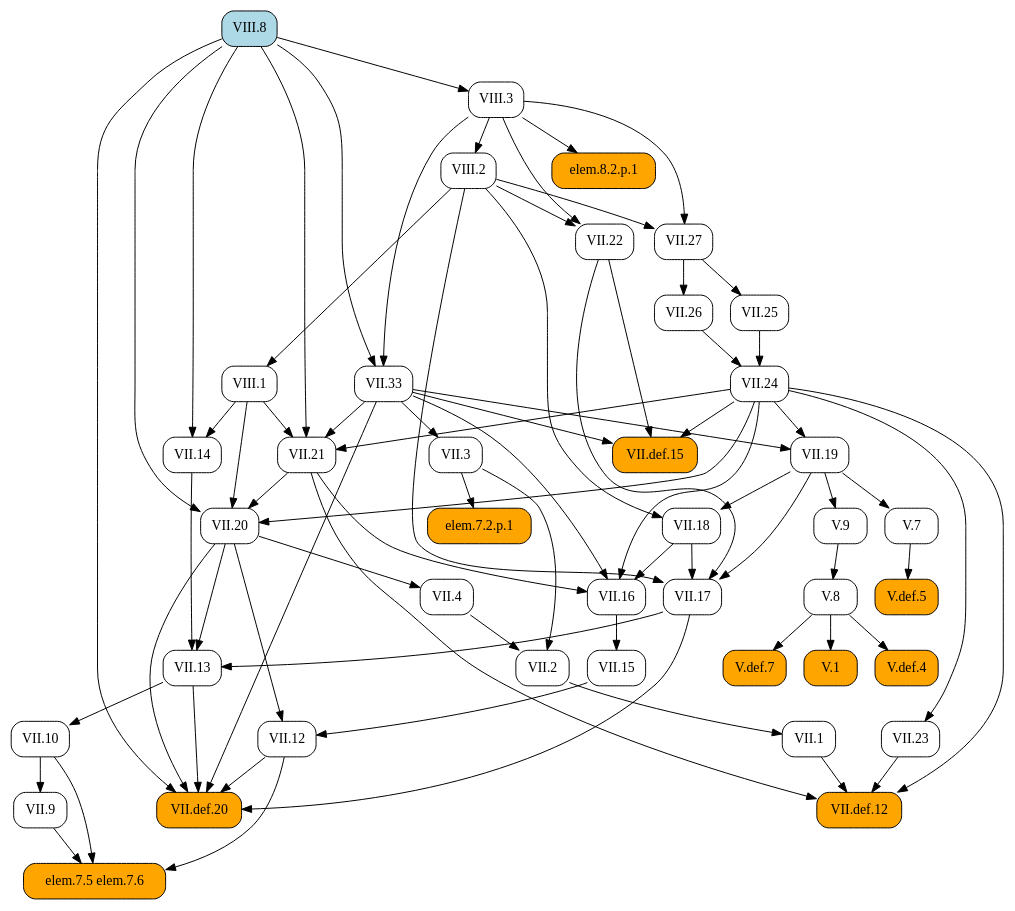
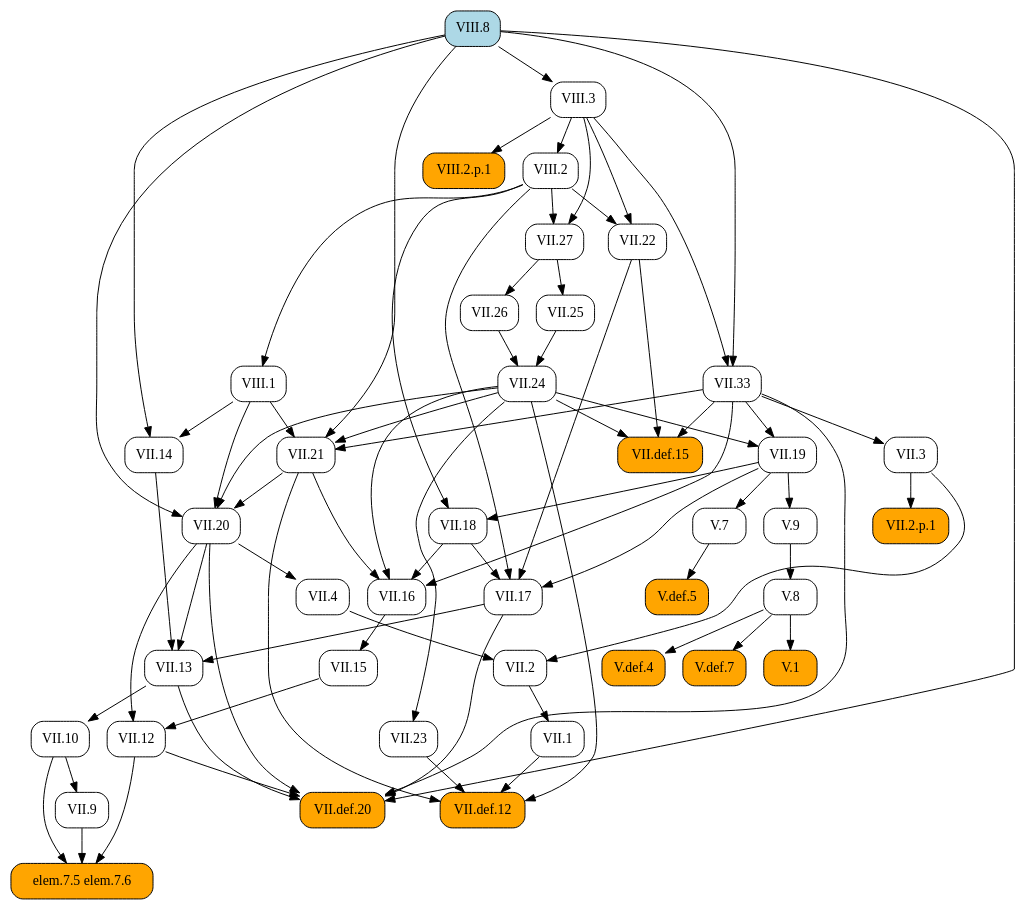
One commit to geometor/elements changed the diagram in docsrc/heath/VIII/8/index.rst. Above: the diagram before and after it, drawn with Graphviz. The commit also changed 484 other files, not shown here.

```diff
--- a/docsrc/heath/VIII/8/index.rst
+++ b/docsrc/heath/VIII/8/index.rst
@@ -48,118 +48,118 @@
    digraph {
      rankdir="TB";
      node [shape=box, style=rounded];
-     "VII.1" [URL="/heath/VII/1/", target="_top"];
+     "VII.33" [URL="/heath/VII/33/", target="_top"];
+     "VII.12" [URL="/heath/VII/12/", target="_top"];
+     "elem.7.5 elem.7.6" [style="rounded,filled", fillcolor=orange];
      "VII.9" [URL="/heath/VII/9/", target="_top"];
-     "V.def.5" [style="rounded,filled", fillcolor=orange, URL="/heath/V/def.5/", target="_top"];
-     "VII.3" [URL="/heath/VII/3/", target="_top"];
-     "VII.17" [URL="/heath/VII/17/", target="_top"];
-     "elem.7.5 elem.7.6" [style="rounded,filled", fillcolor=orange];
-     "V.7" [URL="/heath/V/7/", target="_top"];
-     "V.9" [URL="/heath/V/9/", target="_top"];
-     "VII.13" [URL="/heath/VII/13/", target="_top"];
-     "VII.2" [URL="/heath/VII/2/", target="_top"];
-     "VIII.1" [URL="/heath/VIII/1/", target="_top"];
      "VIII.2" [URL="/heath/VIII/2/", target="_top"];
-     "VII.12" [URL="/heath/VII/12/", target="_top"];
-     "VII.24" [URL="/heath/VII/24/", target="_top"];
-     "VII.def.12" [style="rounded,filled", fillcolor=orange, URL="/heath/VII/def.12/", target="_top"];
-     "V.8" [URL="/heath/V/8/", target="_top"];
-     "VII.33" [URL="/heath/VII/33/", target="_top"];
-     "elem.7.2.p.1" [style="rounded,filled", fillcolor=orange];
-     "VII.10" [URL="/heath/VII/10/", target="_top"];
-     "VII.def.15" [style="rounded,filled", fillcolor=orange, URL="/heath/VII/def.15/", target="_top"];
-     "VII.19" [URL="/heath/VII/19/", target="_top"];
      "VII.18" [URL="/heath/VII/18/", target="_top"];
      "VII.16" [URL="/heath/VII/16/", target="_top"];
+     "V.7" [URL="/heath/V/7/", target="_top"];
      "VII.26" [URL="/heath/VII/26/", target="_top"];
-     "VII.4" [URL="/heath/VII/4/", target="_top"];
-     "VII.25" [URL="/heath/VII/25/", target="_top"];
-     "VII.21" [URL="/heath/VII/21/", target="_top"];
-     "V.1" [style="rounded,filled", fillcolor=orange, URL="/heath/V/1/", target="_top"];
-     "VII.20" [URL="/heath/VII/20/", target="_top"];
+     "V.def.5" [style="rounded,filled", fillcolor=orange, URL="/heath/V/def.5/", target="_top"];
+     "V.9" [URL="/heath/V/9/", target="_top"];
+     "VIII.8" [style="rounded,filled", fillcolor=lightblue, URL="/heath/VIII/8/", target="_top"];
+     "VII.10" [URL="/heath/VII/10/", target="_top"];
+     "VIII.3" [URL="/heath/VIII/3/", target="_top"];
+     "VII.13" [URL="/heath/VII/13/", target="_top"];
+     "VII.def.15" [style="rounded,filled", fillcolor=orange, URL="/heath/VII/def.15/", target="_top"];
+     "VIII.2.p.1" [style="rounded,filled", fillcolor=orange];
+     "VII.19" [URL="/heath/VII/19/", target="_top"];
+     "VII.17" [URL="/heath/VII/17/", target="_top"];
+     "VII.2" [URL="/heath/VII/2/", target="_top"];
+     "VII.def.20" [style="rounded,filled", fillcolor=orange, URL="/heath/VII/def.20/", target="_top"];
+     "VII.2.p.1" [style="rounded,filled", fillcolor=orange];
+     "VII.15" [URL="/heath/VII/15/", target="_top"];
+     "V.def.4" [style="rounded,filled", fillcolor=orange, URL="/heath/V/def.4/", target="_top"];
+     "V.def.7" [style="rounded,filled", fillcolor=orange, URL="/heath/V/def.7/", target="_top"];
      "VII.14" [URL="/heath/VII/14/", target="_top"];
      "VII.27" [URL="/heath/VII/27/", target="_top"];
-     "VIII.8" [style="rounded,filled", fillcolor=lightblue, URL="/heath/VIII/8/", target="_top"];
-     "VIII.3" [URL="/heath/VIII/3/", target="_top"];
-     "V.def.4" [style="rounded,filled", fillcolor=orange, URL="/heath/V/def.4/", target="_top"];
+     "VII.21" [URL="/heath/VII/21/", target="_top"];
      "VII.22" [URL="/heath/VII/22/", target="_top"];
-     "V.def.7" [style="rounded,filled", fillcolor=orange, URL="/heath/V/def.7/", target="_top"];
+     "VII.25" [URL="/heath/VII/25/", target="_top"];
+     "VIII.1" [URL="/heath/VIII/1/", target="_top"];
+     "VII.1" [URL="/heath/VII/1/", target="_top"];
+     "V.8" [URL="/heath/V/8/", target="_top"];
      "VII.23" [URL="/heath/VII/23/", target="_top"];
-     "VII.15" [URL="/heath/VII/15/", target="_top"];
-     "VII.def.20" [style="rounded,filled", fillcolor=orange, URL="/heath/VII/def.20/", target="_top"];
-     "elem.8.2.p.1" [style="rounded,filled", fillcolor=orange];
-     "VII.2" -> "VII.1";
-     "VII.10" -> "VII.9";
-     "V.7" -> "V.def.5";
-     "VII.33" -> "VII.3";
-     "VII.18" -> "VII.17";
-     "VII.19" -> "VII.17";
-     "VII.22" -> "VII.17";
-     "VIII.2" -> "VII.17";
+     "VII.4" [URL="/heath/VII/4/", target="_top"];
+     "VII.def.12" [style="rounded,filled", fillcolor=orange, URL="/heath/VII/def.12/", target="_top"];
+     "V.1" [style="rounded,filled", fillcolor=orange, URL="/heath/V/1/", target="_top"];
+     "VII.3" [URL="/heath/VII/3/", target="_top"];
+     "VII.24" [URL="/heath/VII/24/", target="_top"];
+     "VII.20" [URL="/heath/VII/20/", target="_top"];
+     "VIII.3" -> "VII.33";
+     "VIII.8" -> "VII.33";
+     "VII.15" -> "VII.12";
+     "VII.20" -> "VII.12";
      "VII.9" -> "elem.7.5 elem.7.6";
      "VII.10" -> "elem.7.5 elem.7.6";
      "VII.12" -> "elem.7.5 elem.7.6";
-     "VII.19" -> "V.7";
-     "VII.19" -> "V.9";
-     "VII.14" -> "VII.13";
-     "VII.17" -> "VII.13";
-     "VII.20" -> "VII.13";
-     "VII.3" -> "VII.2";
-     "VII.4" -> "VII.2";
-     "VIII.2" -> "VIII.1";
+     "VII.10" -> "VII.9";
      "VIII.3" -> "VIII.2";
-     "VII.15" -> "VII.12";
-     "VII.20" -> "VII.12";
-     "VII.25" -> "VII.24";
-     "VII.26" -> "VII.24";
-     "VII.1" -> "VII.def.12";
-     "VII.21" -> "VII.def.12";
-     "VII.23" -> "VII.def.12";
-     "VII.24" -> "VII.def.12";
-     "V.9" -> "V.8";
-     "VIII.3" -> "VII.33";
-     "VIII.8" -> "VII.33";
-     "VII.3" -> "elem.7.2.p.1";
-     "VII.13" -> "VII.10";
-     "VII.22" -> "VII.def.15";
-     "VII.24" -> "VII.def.15";
-     "VII.33" -> "VII.def.15";
-     "VII.24" -> "VII.19";
-     "VII.33" -> "VII.19";
      "VII.19" -> "VII.18";
      "VIII.2" -> "VII.18";
      "VII.18" -> "VII.16";
      "VII.21" -> "VII.16";
      "VII.24" -> "VII.16";
      "VII.33" -> "VII.16";
+     "VII.19" -> "V.7";
      "VII.27" -> "VII.26";
-     "VII.20" -> "VII.4";
-     "VII.27" -> "VII.25";
-     "VII.24" -> "VII.21";
-     "VII.33" -> "VII.21";
-     "VIII.1" -> "VII.21";
-     "VIII.8" -> "VII.21";
-     "V.8" -> "V.1";
-     "VII.21" -> "VII.20";
-     "VII.24" -> "VII.20";
-     "VIII.1" -> "VII.20";
-     "VIII.8" -> "VII.20";
-     "VIII.1" -> "VII.14";
-     "VIII.8" -> "VII.14";
-     "VIII.2" -> "VII.27";
-     "VIII.3" -> "VII.27";
+     "V.7" -> "V.def.5";
+     "VII.19" -> "V.9";
+     "VII.13" -> "VII.10";
      "VIII.8" -> "VIII.3";
-     "V.8" -> "V.def.4";
-     "VIII.2" -> "VII.22";
-     "VIII.3" -> "VII.22";
-     "V.8" -> "V.def.7";
-     "VII.24" -> "VII.23";
-     "VII.16" -> "VII.15";
+     "VII.14" -> "VII.13";
+     "VII.17" -> "VII.13";
+     "VII.20" -> "VII.13";
+     "VII.22" -> "VII.def.15";
+     "VII.24" -> "VII.def.15";
+     "VII.33" -> "VII.def.15";
+     "VIII.3" -> "VIII.2.p.1";
+     "VII.24" -> "VII.19";
+     "VII.33" -> "VII.19";
+     "VII.18" -> "VII.17";
+     "VII.19" -> "VII.17";
+     "VII.22" -> "VII.17";
+     "VIII.2" -> "VII.17";
+     "VII.3" -> "VII.2";
+     "VII.4" -> "VII.2";
      "VII.12" -> "VII.def.20";
      "VII.13" -> "VII.def.20";
      "VII.17" -> "VII.def.20";
      "VII.20" -> "VII.def.20";
      "VII.33" -> "VII.def.20";
      "VIII.8" -> "VII.def.20";
-     "VIII.3" -> "elem.8.2.p.1";
+     "VII.3" -> "VII.2.p.1";
+     "VII.16" -> "VII.15";
+     "V.8" -> "V.def.4";
+     "V.8" -> "V.def.7";
+     "VIII.1" -> "VII.14";
+     "VIII.8" -> "VII.14";
+     "VIII.2" -> "VII.27";
+     "VIII.3" -> "VII.27";
+     "VII.24" -> "VII.21";
+     "VII.33" -> "VII.21";
+     "VIII.1" -> "VII.21";
+     "VIII.8" -> "VII.21";
+     "VIII.2" -> "VII.22";
+     "VIII.3" -> "VII.22";
+     "VII.27" -> "VII.25";
+     "VIII.2" -> "VIII.1";
+     "VII.2" -> "VII.1";
+     "V.9" -> "V.8";
+     "VII.24" -> "VII.23";
+     "VII.20" -> "VII.4";
+     "VII.1" -> "VII.def.12";
+     "VII.21" -> "VII.def.12";
+     "VII.23" -> "VII.def.12";
+     "VII.24" -> "VII.def.12";
+     "V.8" -> "V.1";
+     "VII.33" -> "VII.3";
+     "VII.25" -> "VII.24";
+     "VII.26" -> "VII.24";
+     "VII.21" -> "VII.20";
+     "VII.24" -> "VII.20";
+     "VIII.1" -> "VII.20";
+     "VIII.8" -> "VII.20";
    }
```
